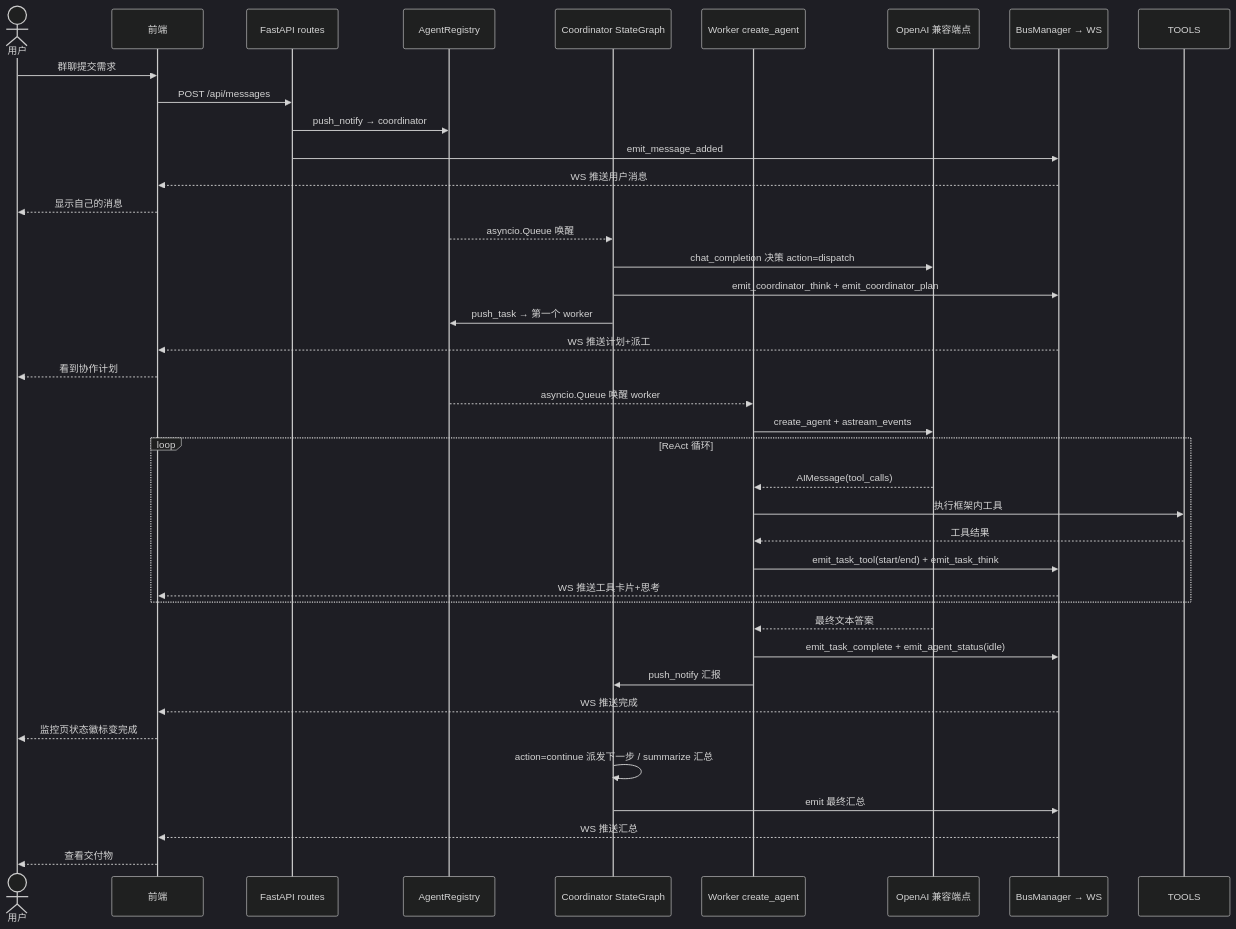
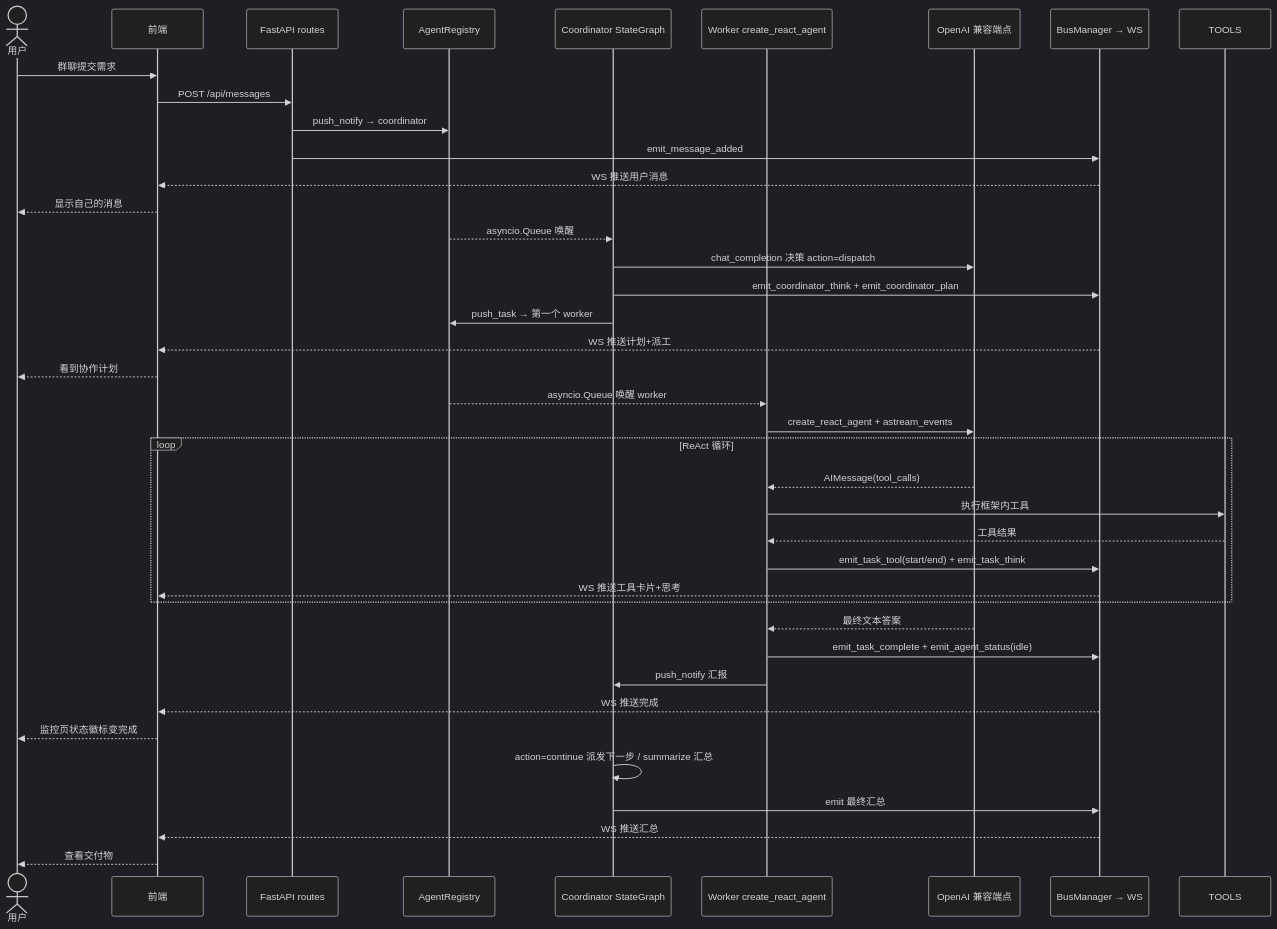
One commit to free-wyq/multi-Agent changed the third of 3 diagrams in README.md. Above: the diagram before and after it, drawn with Mermaid (dark theme). The commit also changed other lines of this file, not shown here.

First line of the commit message:
docs(README): 通读校对——项目名回归 multi-Agent、修过时技术描述、去窄化

````diff
--- a/README.md
+++ b/README.md
@@ -229,45 +229,45 @@
 ```mermaid
 sequenceDiagram
     actor U as 用户
     participant F as 前端
     participant API as FastAPI routes
     participant REG as AgentRegistry
     participant CO as Coordinator StateGraph
-    participant WK as Worker create_agent
+    participant WK as Worker create_react_agent
     participant LLM as OpenAI 兼容端点
     participant BUS as BusManager → WS
 
     U->>F: 群聊提交需求
     F->>API: POST /api/messages
     API->>REG: push_notify → coordinator
     API->>BUS: emit_message_added
     BUS-->>F: WS 推送用户消息
     F-->>U: 显示自己的消息
 
     REG-->>CO: asyncio.Queue 唤醒
     CO->>LLM: chat_completion 决策 action=dispatch
     CO->>BUS: emit_coordinator_think + emit_coordinator_plan
     CO->>REG: push_task → 第一个 worker
     BUS-->>F: WS 推送计划+派工
     F-->>U: 看到协作计划
 
     REG-->>WK: asyncio.Queue 唤醒 worker
-    WK->>LLM: create_agent + astream_events
+    WK->>LLM: create_react_agent + astream_events
     loop ReAct 循环
         LLM-->>WK: AIMessage(tool_calls)
         WK->>TOOLS: 执行框架内工具
         TOOLS-->>WK: 工具结果
         WK->>BUS: emit_task_tool(start/end) + emit_task_think
         BUS-->>F: WS 推送工具卡片+思考
     end
     LLM-->>WK: 最终文本答案
     WK->>BUS: emit_task_complete + emit_agent_status(idle)
     WK->>CO: push_notify 汇报
     BUS-->>F: WS 推送完成
     F-->>U: 监控页状态徽标变完成
 
     CO->>CO: action=continue 派发下一步 / summarize 汇总
     CO->>BUS: emit 最终汇总
     BUS-->>F: WS 推送汇总
     F-->>U: 查看交付物
 ```
````
